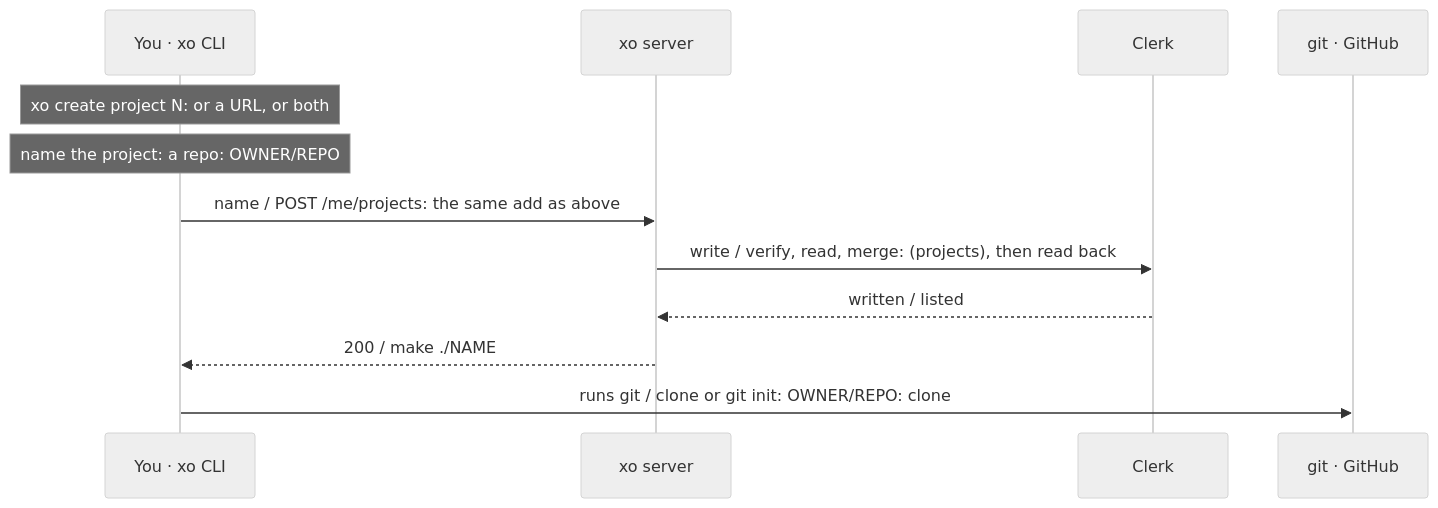
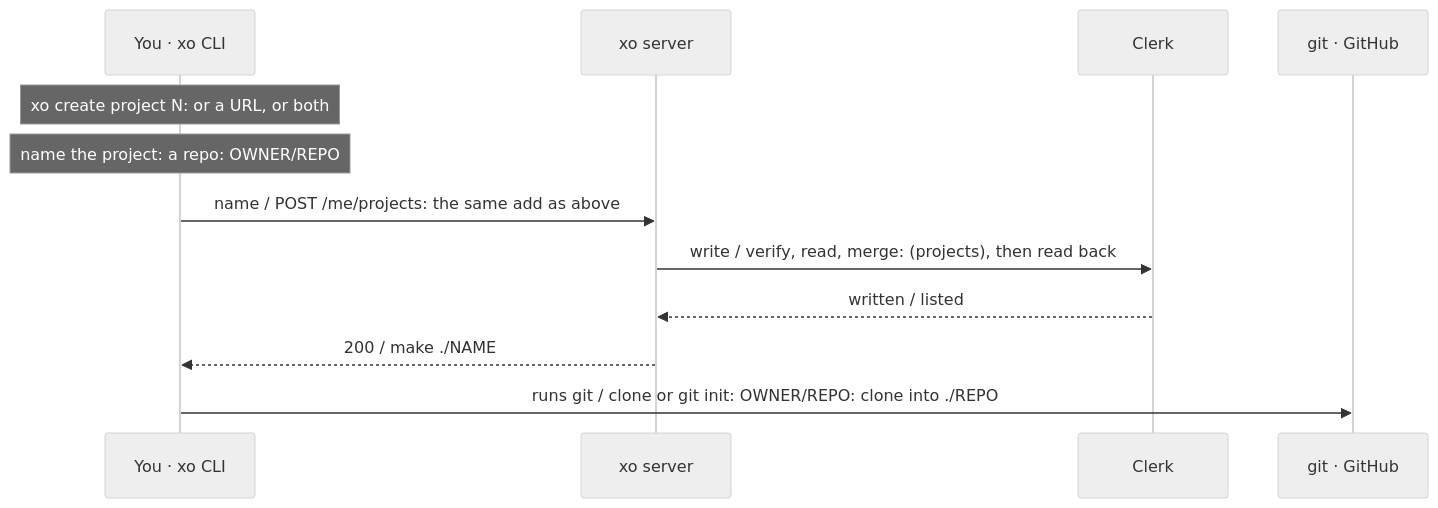
Diagram 12 of 30 in docs/architecture.md (quirq-ai/xo), drawn with Mermaid (neutral theme) before and after one commit. The commit also changed other lines of this file and 11 other files, not shown here.

First line of the commit message:
Call GitHub projects by their repo name; xo create space with no kind makes a local space

````diff
--- a/docs/architecture.md
+++ b/docs/architecture.md
@@ -269,14 +270,14 @@
 ```mermaid
 sequenceDiagram
   participant Cli as You · xo CLI
   participant Srv as xo server
   participant Clerk as Clerk
   participant Git as git · GitHub
   Note over Cli: xo create project N: or a URL, or both
   Note over Cli: name the project: a repo: OWNER/REPO
   Cli->>Srv: name / POST /me/projects: the same add as above
   Srv->>Clerk: write / verify, read, merge: (projects), then read back
   Clerk-->>Srv: written / listed
   Srv-->>Cli: 200 / make ./NAME
-  Cli->>Git: runs git / clone or git init: OWNER/REPO: clone
+  Cli->>Git: runs git / clone or git init: OWNER/REPO: clone into ./REPO
 ```
````
